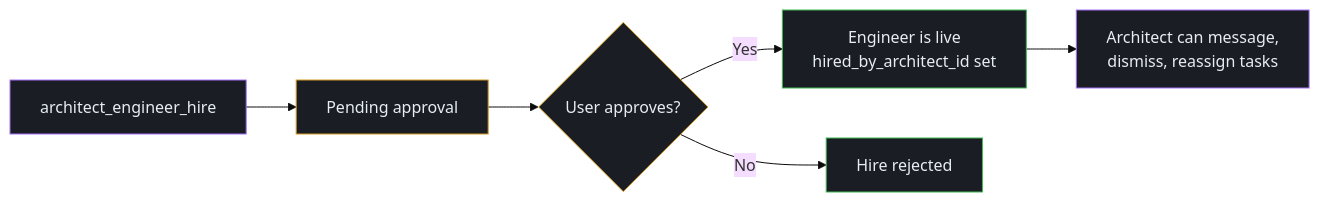
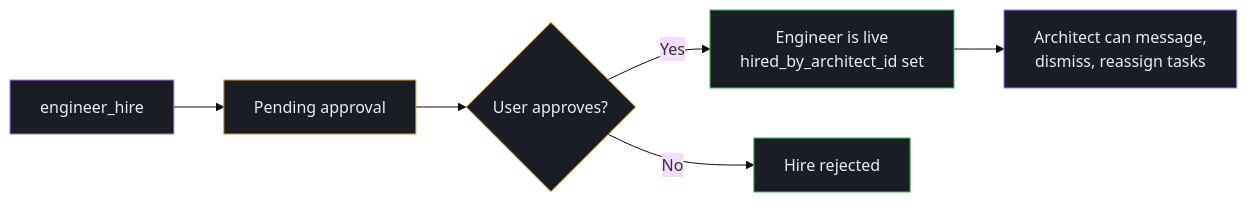
The diagram in docs/team/architects.md (runtorque/torque), drawn with Mermaid (base theme) before and after one commit. The commit also changed other lines of this file and 79 other files, not shown here.

````diff
--- a/docs/team/architects.md
+++ b/docs/team/architects.md
@@ -50,15 +51,15 @@
 ```mermaid
 flowchart LR
-    A[architect_engineer_hire] --> B[Pending approval]
+    A[engineer_hire] --> B[Pending approval]
     B --> C{User approves?}
     C -->|Yes| D[Engineer is live<br/>hired_by_architect_id set]
     C -->|No| E[Hire rejected]
     D --> F[Architect can message,<br/>dismiss, reassign tasks]
 
     classDef arch fill:#1a1d24,stroke:#a371f7,color:#e6edf3
     classDef pending fill:#1a1d24,stroke:#d29922,color:#e6edf3
     classDef live fill:#1a1d24,stroke:#3fb950,color:#e6edf3
     class A,F arch
     class B,C pending
     class D,E live
 ```
````
